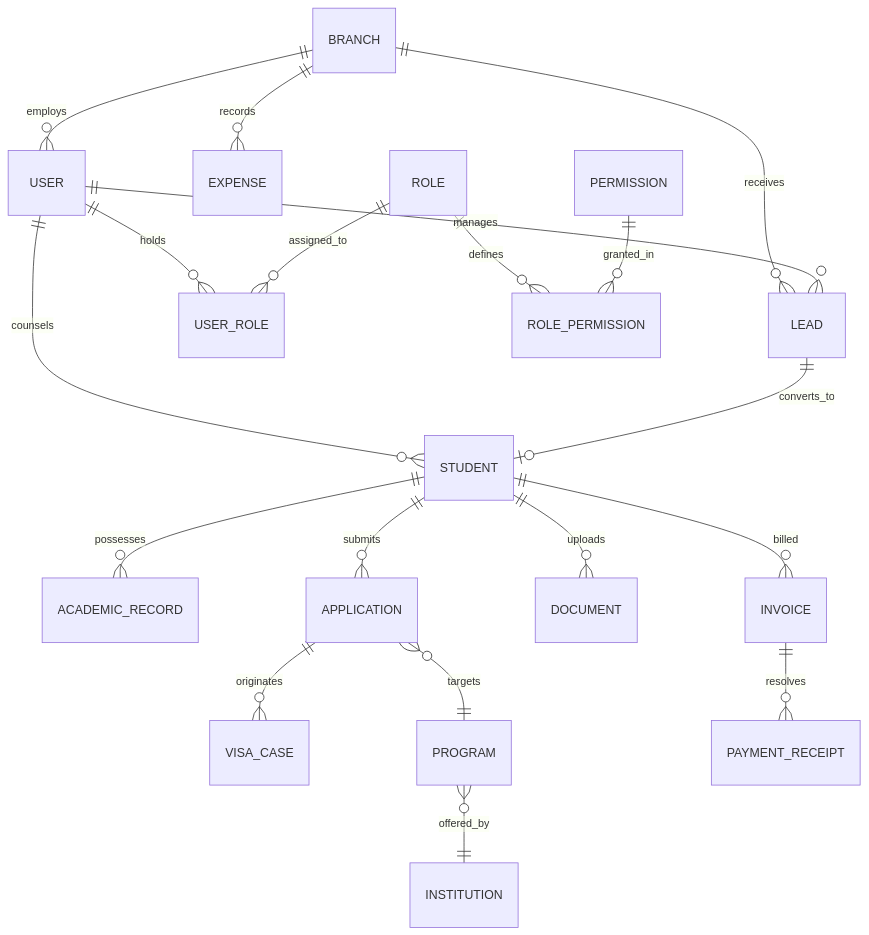
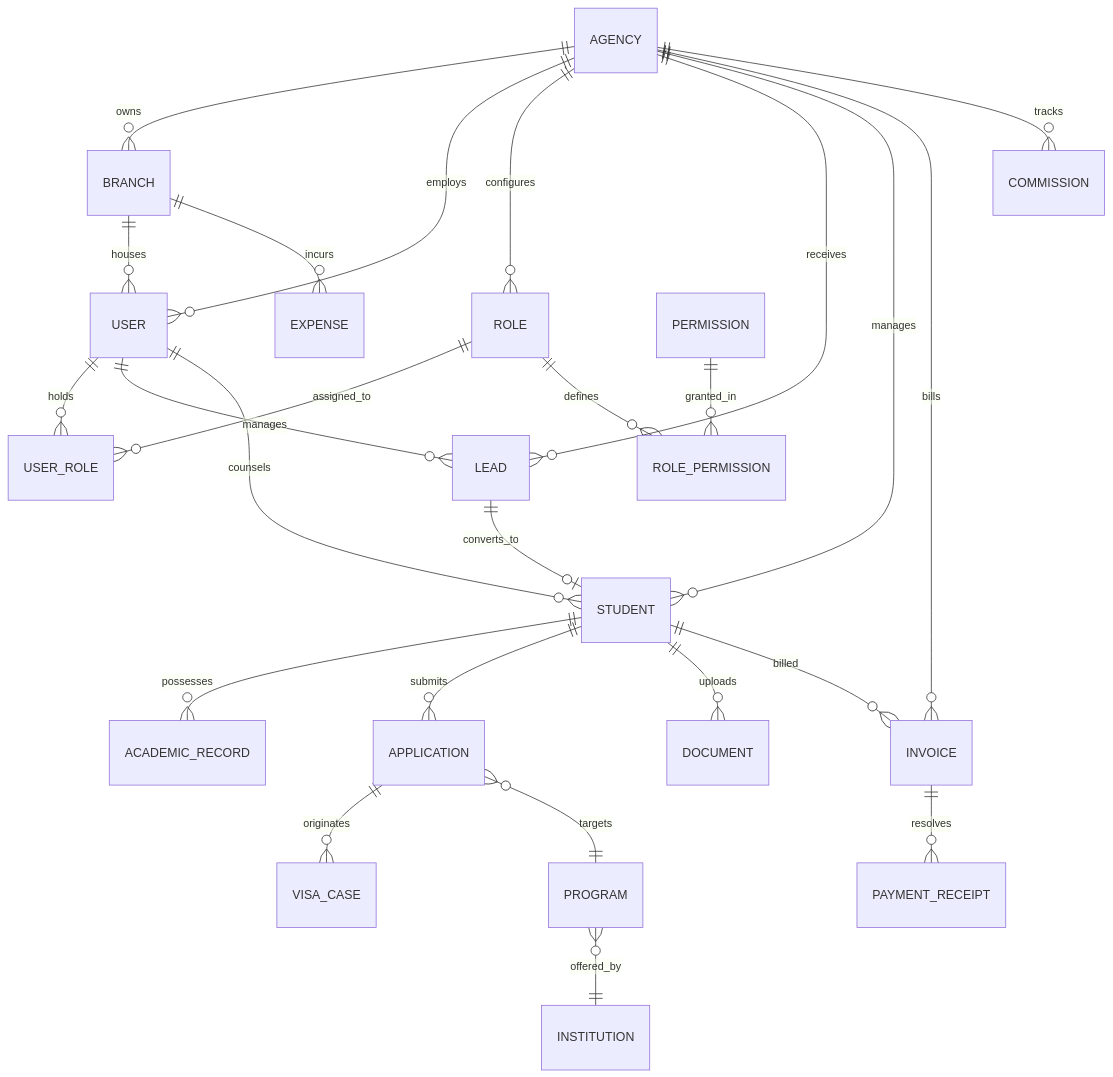
One commit to DSwithSiam/study_crm changed the diagram in Study CRM SRS.md. Above: the diagram before and after it, drawn with Mermaid. The commit also changed other lines of this file, not shown here.

Commit message:
feat: add agency onboarding, OTP verification, demo CRM request, and super admin approval workflow

````diff
--- a/Study CRM SRS.md
+++ b/Study CRM SRS.md
@@ -598,21 +616,27 @@
 ```mermaid
 erDiagram
-    BRANCH ||--o{ USER : employs
-    BRANCH ||--o{ LEAD : receives
-    BRANCH ||--o{ EXPENSE : records
+    AGENCY ||--o{ BRANCH : owns
+    AGENCY ||--o{ USER : employs
+    AGENCY ||--o{ ROLE : configures
+    AGENCY ||--o{ LEAD : receives
+    AGENCY ||--o{ STUDENT : manages
+    AGENCY ||--o{ INVOICE : bills
+    AGENCY ||--o{ COMMISSION : tracks
+    BRANCH ||--o{ USER : houses
+    BRANCH ||--o{ EXPENSE : incurs
     USER ||--o{ USER_ROLE : holds
     ROLE ||--o{ USER_ROLE : assigned_to
     ROLE ||--o{ ROLE_PERMISSION : defines
     PERMISSION ||--o{ ROLE_PERMISSION : granted_in
     USER ||--o{ LEAD : manages
     USER ||--o{ STUDENT : counsels
     LEAD ||--o| STUDENT : converts_to
     STUDENT ||--o{ ACADEMIC_RECORD : possesses
     STUDENT ||--o{ APPLICATION : submits
     STUDENT ||--o{ DOCUMENT : uploads
     STUDENT ||--o{ INVOICE : billed
     APPLICATION ||--o{ VISA_CASE : originates
     APPLICATION }o--|| PROGRAM : targets
     PROGRAM }o--|| INSTITUTION : offered_by
     INVOICE ||--o{ PAYMENT_RECEIPT : resolves
 ```
````
